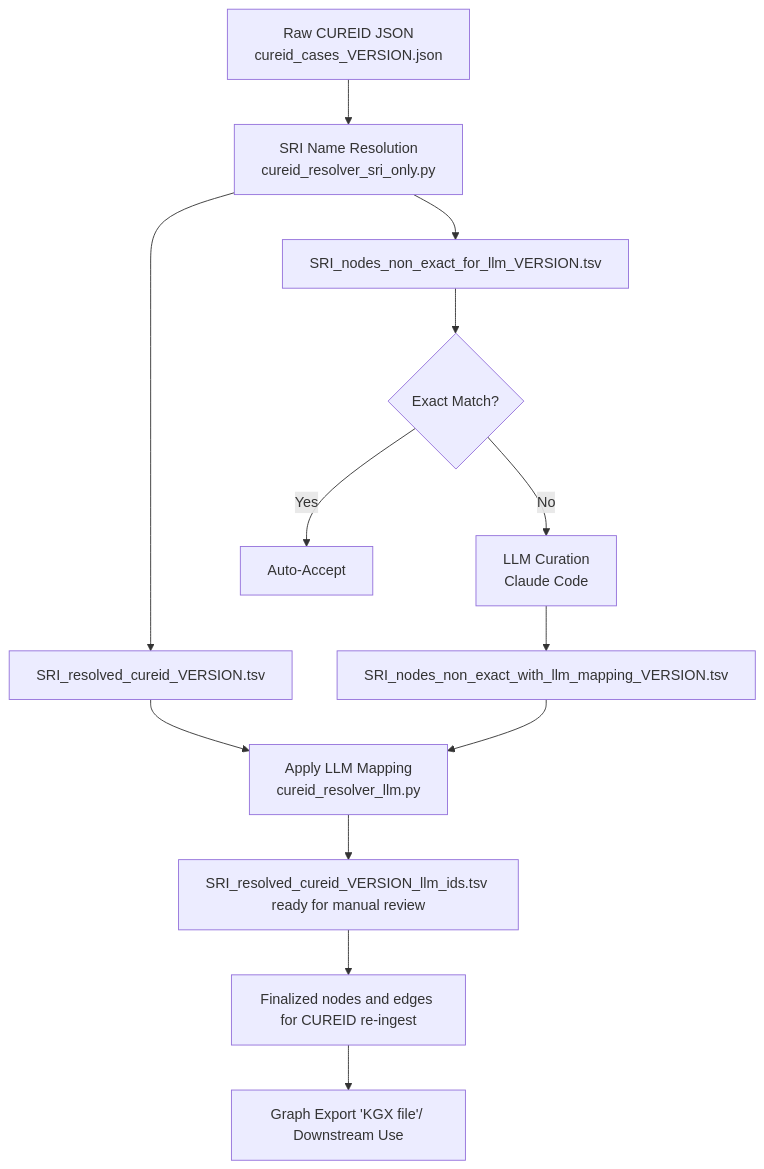
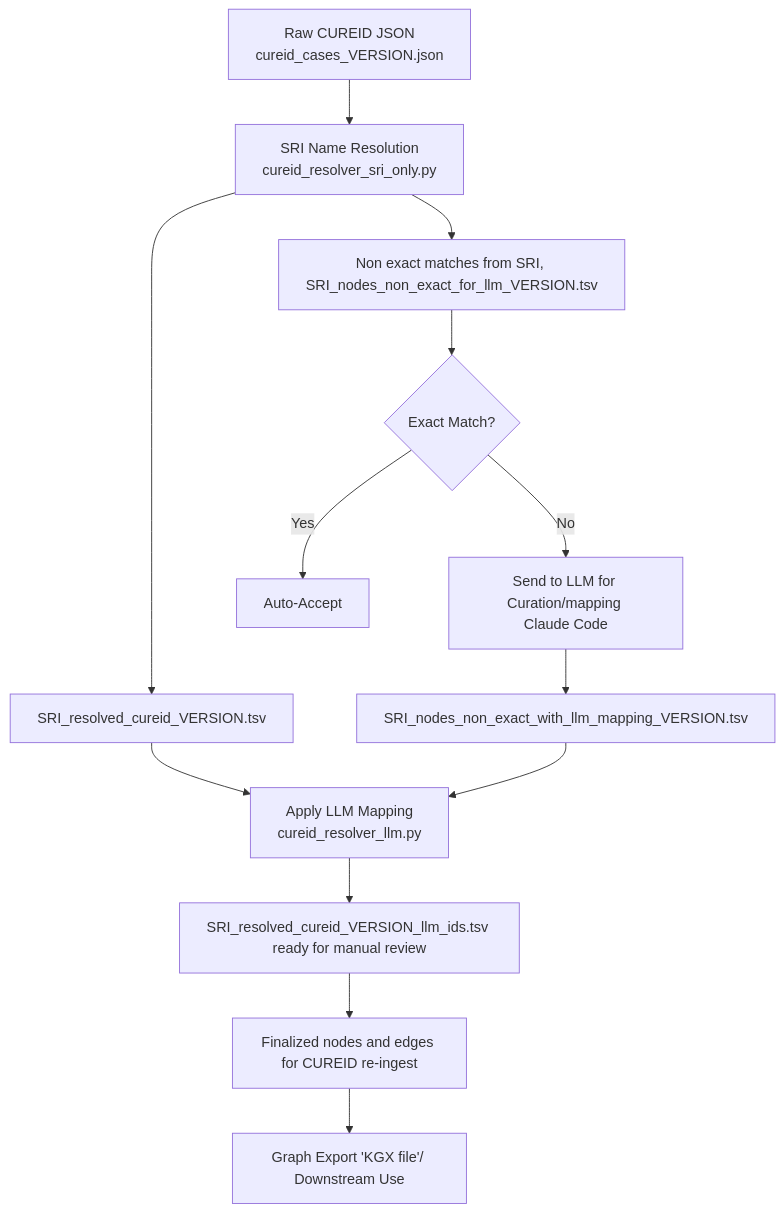
The diagram in entity_resolvers/src/code/ncatsdata/CUREID/PIPELINE_VISUAL.md (ncats/IFX_ODIN), drawn with Mermaid before and after one commit.

Commit message:
Clarify flowchart labels in PIPELINE_VISUAL.md

````diff
--- a/entity_resolvers/src/code/ncatsdata/CUREID/PIPELINE_VISUAL.md
+++ b/entity_resolvers/src/code/ncatsdata/CUREID/PIPELINE_VISUAL.md
@@ -5,21 +5,21 @@
 ```mermaid
 flowchart TD
     A[Raw CUREID JSON<br/>cureid_cases_VERSION.json] --> B
 
     B[SRI Name Resolution<br/>cureid_resolver_sri_only.py] --> C1[SRI_resolved_cureid_VERSION.tsv]
-    B --> C2[SRI_nodes_non_exact_for_llm_VERSION.tsv]
+    B --> C2[Non exact matches from SRI, SRI_nodes_non_exact_for_llm_VERSION.tsv]
 
     C2 --> D{Exact Match?}
     D -->|Yes| E1[Auto-Accept]
-    D -->|No| E2[LLM Curation<br/>Claude Code]
+    D -->|No| E2[Send to LLM for Curation/mapping <br/>Claude Code]
 
     E2 --> F[SRI_nodes_non_exact_with_llm_mapping_VERSION.tsv]
 
     C1 --> G
     F --> G
 
     G[Apply LLM Mapping<br/>cureid_resolver_llm.py] --> H[SRI_resolved_cureid_VERSION_llm_ids.tsv ready for manual review]
 
     H --> I[Finalized nodes and edges for CUREID re-ingest]
     I --> J[Graph Export 'KGX file'/ Downstream Use]
 ```
````
